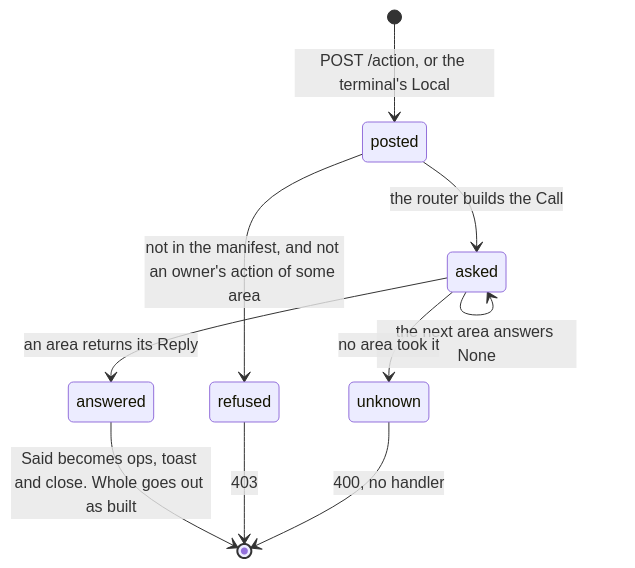
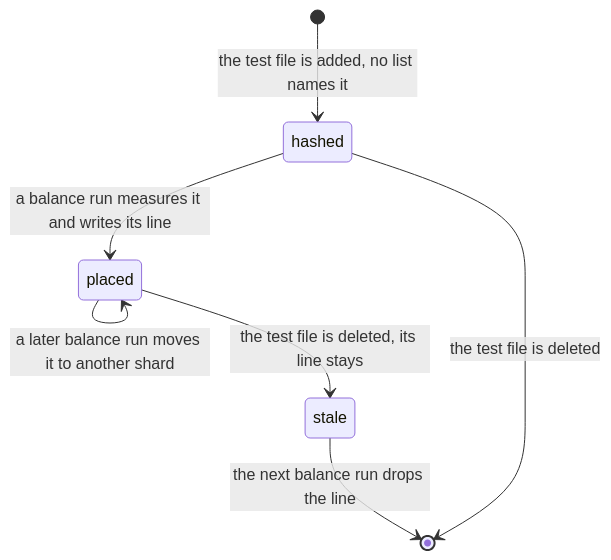
Before and after one commit to jirathip-dev/drover: the second of 2 diagrams in docs/architecture/hotspots-2026-11-21/boundaries.md, drawn with Mermaid. The commit also changed other lines of this file and 4 other files, not shown here.

````diff
--- a/docs/architecture/hotspots-2026-11-21/boundaries.md
+++ b/docs/architecture/hotspots-2026-11-21/boundaries.md
@@ -55,12 +51,9 @@
 ```mermaid
 stateDiagram-v2
-    [*] --> posted: POST /action, or the terminal's Local
-    posted --> refused: not in the manifest, and not an owner's action of some area
-    posted --> asked: the router builds the Call
-    asked --> asked: the next area answers None
-    asked --> unknown: no area took it
-    asked --> answered: an area returns its Reply
-    answered --> [*]: Said becomes ops, toast and close. Whole goes out as built
-    refused --> [*]: 403
-    unknown --> [*]: 400, no handler
+    [*] --> hashed: the test file is added, no list names it
+    hashed --> placed: a balance run measures it and writes its line
+    placed --> placed: a later balance run moves it to another shard
+    placed --> stale: the test file is deleted, its line stays
+    hashed --> [*]: the test file is deleted
+    stale --> [*]: the next balance run drops the line
 ```
````
